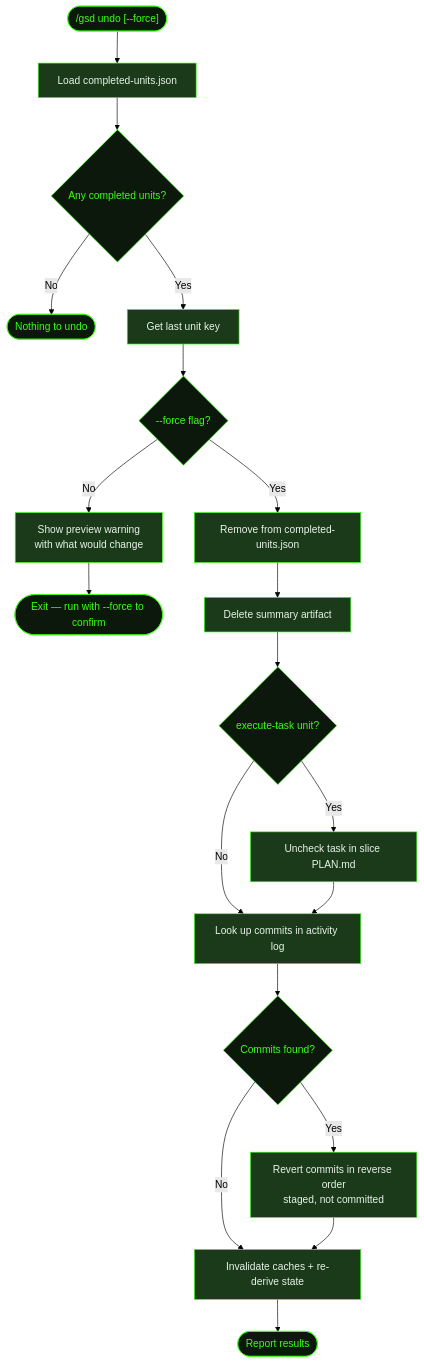
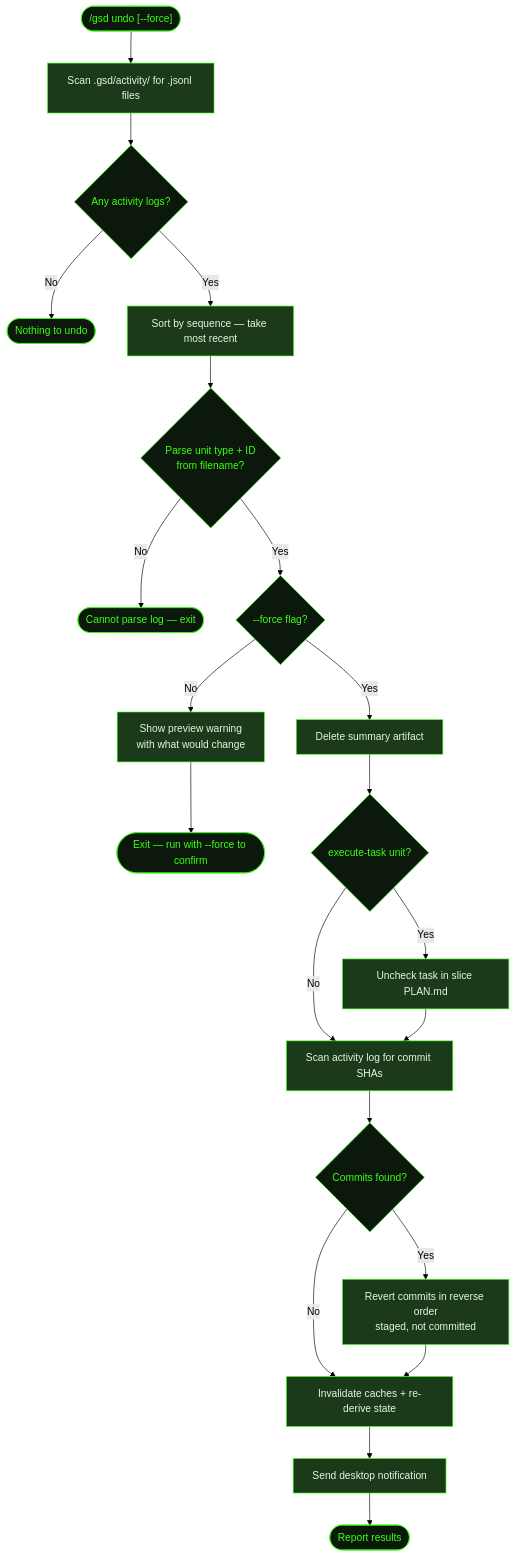
The diagram in src/content/docs/commands/undo.mdx (shusha-group/gsd2-guide), drawn with Mermaid (forest theme) before and after one commit. The commit also changed other lines of this file and 33 other files, not shown here.

````diff
--- a/src/content/docs/commands/undo.mdx
+++ b/src/content/docs/commands/undo.mdx
@@ -30,39 +30,43 @@
 ```mermaid
 flowchart TD
-    Start(["/gsd undo [--force]"]) --> Load[Load completed-units.json]
-    Load --> Empty{Any completed units?}
+    Start(["/gsd undo [--force]"]) --> Load[Scan .gsd/activity/ for .jsonl files]
+    Load --> Empty{Any activity logs?}
     Empty -->|No| Done1([Nothing to undo])
-    Empty -->|Yes| GetLast[Get last unit key]
-    GetLast --> Force{--force flag?}
+    Empty -->|Yes| GetLast[Sort by sequence — take most recent]
+    GetLast --> Parse{Parse unit type + ID\nfrom filename?}
+    Parse -->|No| Done3([Cannot parse log — exit])
+    Parse -->|Yes| Force{--force flag?}
     Force -->|No| Warn[Show preview warning\nwith what would change]
     Warn --> Done2([Exit — run with --force to confirm])
-    Force -->|Yes| Remove[Remove from completed-units.json]
-    Remove --> Artifact[Delete summary artifact]
+    Force -->|Yes| Artifact[Delete summary artifact]
     Artifact --> Plan{execute-task unit?}
     Plan -->|Yes| Uncheck[Uncheck task in slice PLAN.md]
     Plan -->|No| Git
-    Uncheck --> Git[Look up commits in activity log]
+    Uncheck --> Git[Scan activity log for commit SHAs]
     Git --> HasCommits{Commits found?}
     HasCommits -->|Yes| Revert[Revert commits in reverse order\nstaged, not committed]
     HasCommits -->|No| Invalidate
     Revert --> Invalidate[Invalidate caches + re-derive state]
-    Invalidate --> Report([Report results])
+    Invalidate --> Notify[Send desktop notification]
+    Notify --> Report([Report results])
 
     style Start fill:#0d180d,stroke:#39ff14,color:#39ff14
     style Empty fill:#0d180d,stroke:#39ff14,color:#39ff14
+    style Parse fill:#0d180d,stroke:#39ff14,color:#39ff14
     style Force fill:#0d180d,stroke:#39ff14,color:#39ff14
     style Plan fill:#0d180d,stroke:#39ff14,color:#39ff14
     style HasCommits fill:#0d180d,stroke:#39ff14,color:#39ff14
     style Done1 fill:#0d180d,stroke:#39ff14,color:#39ff14
     style Done2 fill:#0d180d,stroke:#39ff14,color:#39ff14
+    style Done3 fill:#0d180d,stroke:#39ff14,color:#39ff14
     style Report fill:#0d180d,stroke:#39ff14,color:#39ff14
     style Load fill:#1a3a1a,stroke:#39ff14,color:#e8f4e8
     style GetLast fill:#1a3a1a,stroke:#39ff14,color:#e8f4e8
     style Warn fill:#1a3a1a,stroke:#39ff14,color:#e8f4e8
-    style Remove fill:#1a3a1a,stroke:#39ff14,color:#e8f4e8
     style Artifact fill:#1a3a1a,stroke:#39ff14,color:#e8f4e8
     style Uncheck fill:#1a3a1a,stroke:#39ff14,color:#e8f4e8
     style Git fill:#1a3a1a,stroke:#39ff14,color:#e8f4e8
     style Revert fill:#1a3a1a,stroke:#39ff14,color:#e8f4e8
     style Invalidate fill:#1a3a1a,stroke:#39ff14,color:#e8f4e8
+    style Notify fill:#1a3a1a,stroke:#39ff14,color:#e8f4e8
 ```
````
